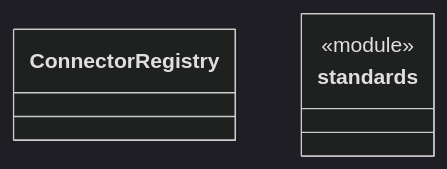
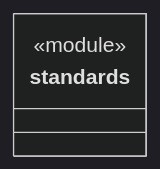
One commit to nan023062/cbim changed the diagram in src/logic/connectors/rules/ARCHITECTURE.md. Above: the diagram before and after it, drawn with Mermaid (dark theme). The commit also changed other lines of this file and 480 other files, not shown here.

````diff
--- a/src/logic/connectors/rules/ARCHITECTURE.md
+++ b/src/logic/connectors/rules/ARCHITECTURE.md
@@ -22,9 +21,7 @@
 ```mermaid
 classDiagram
-class N_a1513c940270["ConnectorRegistry"]
-click N_a1513c940270 href "registry.ts"
 class N_3d7d3147d79d["standards"] {
   <<module>>
 }
 click N_3d7d3147d79d href "standards.ts"
 ```
````
